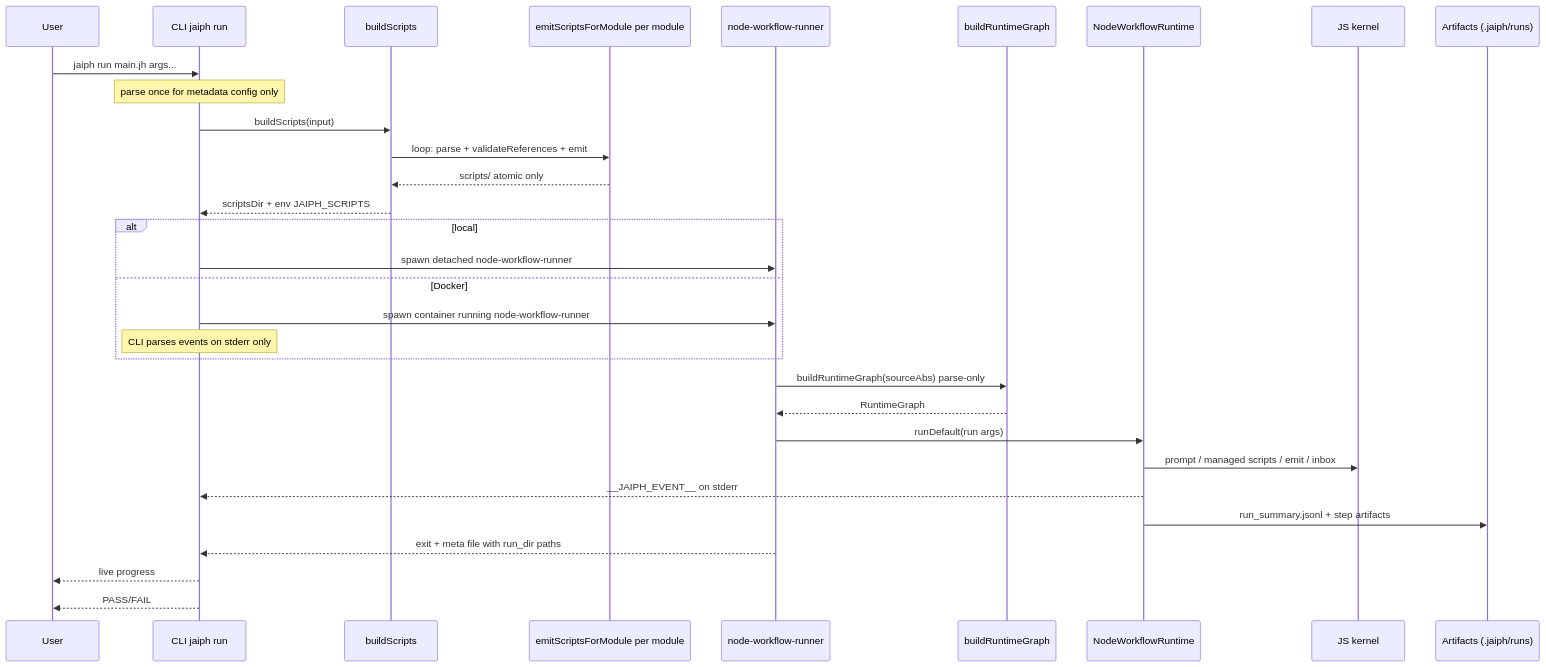
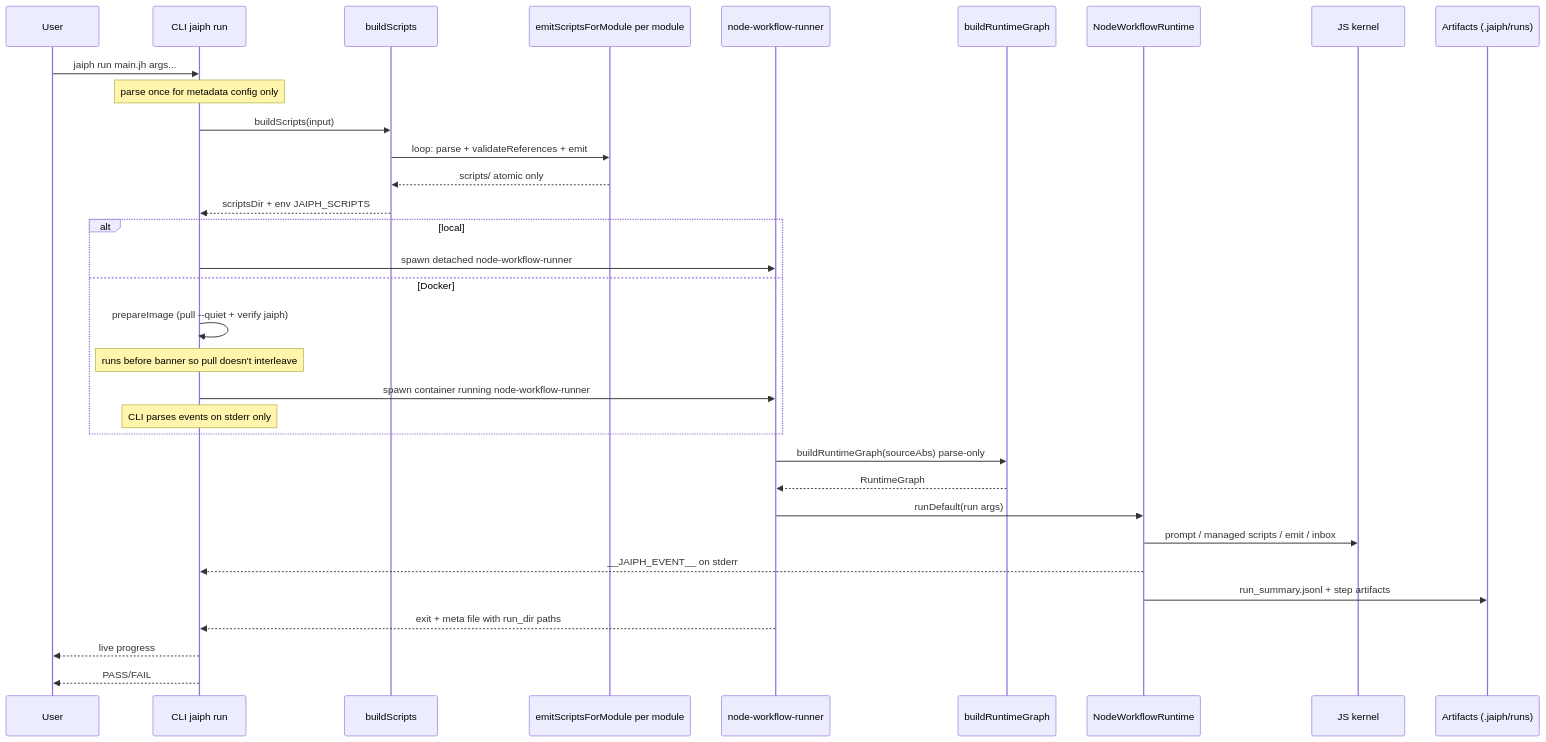
One commit to jaiphlang/jaiph changed the second of 3 diagrams in docs/architecture.md. Above: the diagram before and after it, drawn with Mermaid. The commit also changed other lines of this file and 8 other files, not shown here.

First line of the commit message:
Feat: Pre-pull Docker image before CLI banner to prevent interleaved output

````diff
--- a/docs/architecture.md
+++ b/docs/architecture.md
@@ -177,34 +177,36 @@
 ```mermaid
 sequenceDiagram
     participant User
     participant CLI as CLI jaiph run
     participant Prep as buildScripts
     participant TF as emitScriptsForModule per module
     participant Runner as node-workflow-runner
     participant Graph as buildRuntimeGraph
     participant Runtime as NodeWorkflowRuntime
     participant Kernel as JS kernel
     participant Report as Artifacts (.jaiph/runs)
 
     User->>CLI: jaiph run main.jh args...
     Note over CLI: parse once for metadata config only
     CLI->>Prep: buildScripts(input)
     Prep->>TF: loop: parse + validateReferences + emit
     TF-->>Prep: scripts/ atomic only
     Prep-->>CLI: scriptsDir + env JAIPH_SCRIPTS
     alt local
         CLI->>Runner: spawn detached node-workflow-runner
     else Docker
+        CLI->>CLI: prepareImage (pull --quiet + verify jaiph)
+        Note over CLI: runs before banner so pull doesn't interleave
         CLI->>Runner: spawn container running node-workflow-runner
         Note over CLI: CLI parses events on stderr only
     end
     Runner->>Graph: buildRuntimeGraph(sourceAbs) parse-only
     Graph-->>Runner: RuntimeGraph
     Runner->>Runtime: runDefault(run args)
     Runtime->>Kernel: prompt / managed scripts / emit / inbox
     Runtime-->>CLI: __JAIPH_EVENT__ on stderr
     Runtime->>Report: run_summary.jsonl + step artifacts
     Runner-->>CLI: exit + meta file with run_dir paths
     CLI-->>User: live progress
     CLI-->>User: PASS/FAIL
 ```
````
